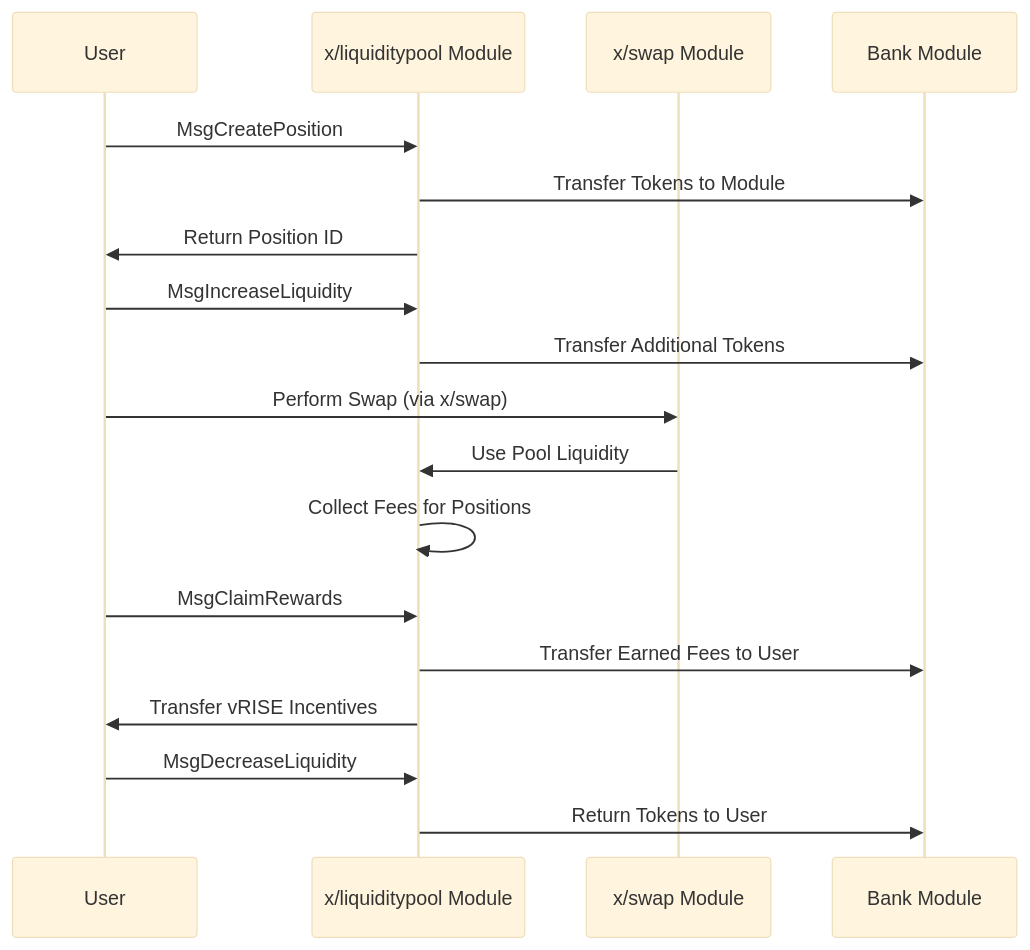
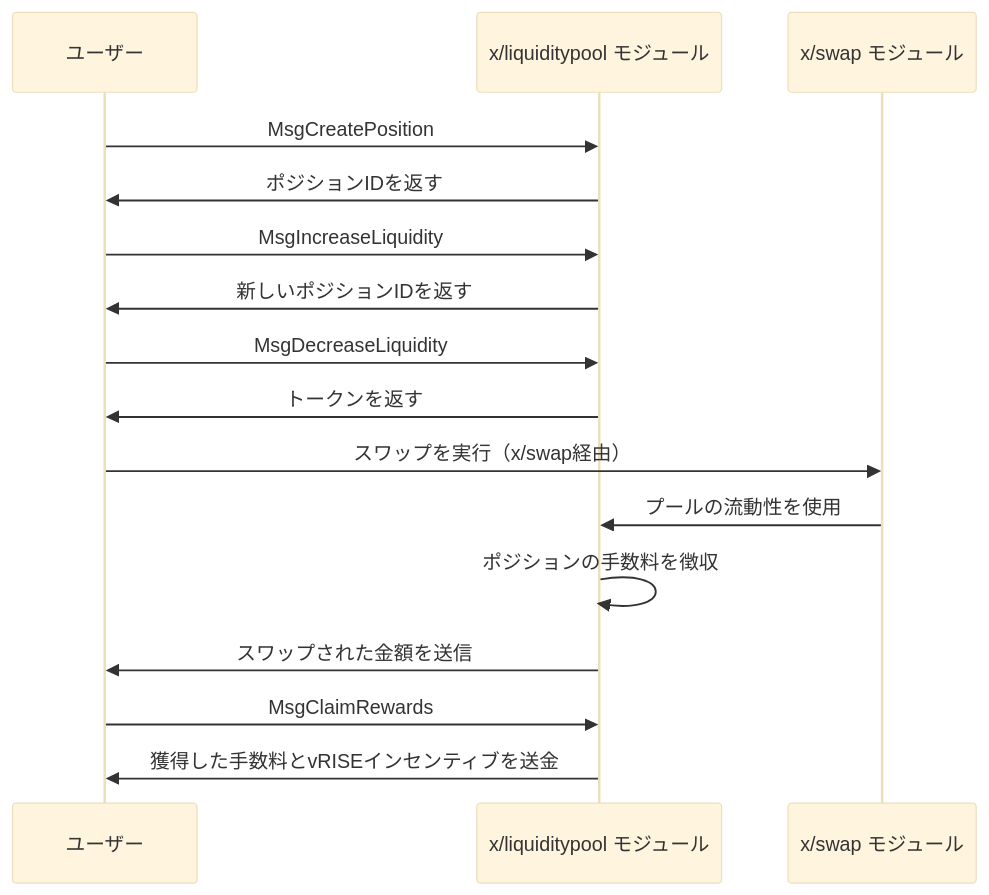
Before and after one commit to sunriselayer/gitbook: the diagram in ja/learn/sunrise/liquidity-pool.md, drawn with Mermaid (base theme). The commit also changed other lines of this file and 106 other files, not shown here.

````diff
--- a/ja/learn/sunrise/liquidity-pool.md
+++ b/ja/learn/sunrise/liquidity-pool.md
@@ -77,25 +54,25 @@
 ```mermaid
 sequenceDiagram
-    participant User
-    participant LiquidityPool as x/liquiditypool Module
-    participant SwapModule as x/swap Module
-    participant BankKeeper as Bank Module
+    participant User as ユーザー
+    participant LiquidityPool as x/liquiditypool モジュール
+    participant SwapModule as x/swap モジュール
 
     User->>LiquidityPool: MsgCreatePosition
-    LiquidityPool->>BankKeeper: Transfer Tokens to Module
-    LiquidityPool->>User: Return Position ID
+    LiquidityPool->>User: ポジションIDを返す
     
     User->>LiquidityPool: MsgIncreaseLiquidity
-    LiquidityPool->>BankKeeper: Transfer Additional Tokens
+    LiquidityPool->>User: 新しいポジションIDを返す
+
+    User->>LiquidityPool: MsgDecreaseLiquidity
+    LiquidityPool->>User: トークンを返す
     
-    User->>SwapModule: Perform Swap (via x/swap)
-    SwapModule->>LiquidityPool: Use Pool Liquidity
-    LiquidityPool->>LiquidityPool: Collect Fees for Positions
+    User->>SwapModule: スワップを実行（x/swap経由）
+    SwapModule->>LiquidityPool: プールの流動性を使用
+    LiquidityPool->>LiquidityPool: ポジションの手数料を徴収
+    LiquidityPool->>User: スワップされた金額を送信
     
     User->>LiquidityPool: MsgClaimRewards
-    LiquidityPool->>BankKeeper: Transfer Earned Fees to User
-    LiquidityPool->>User: Transfer vRISE Incentives
+    LiquidityPool->>User: 獲得した手数料とvRISEインセンティブを送金
     
-    User->>LiquidityPool: MsgDecreaseLiquidity
-    LiquidityPool->>BankKeeper: Return Tokens to User
+
 ```
````
